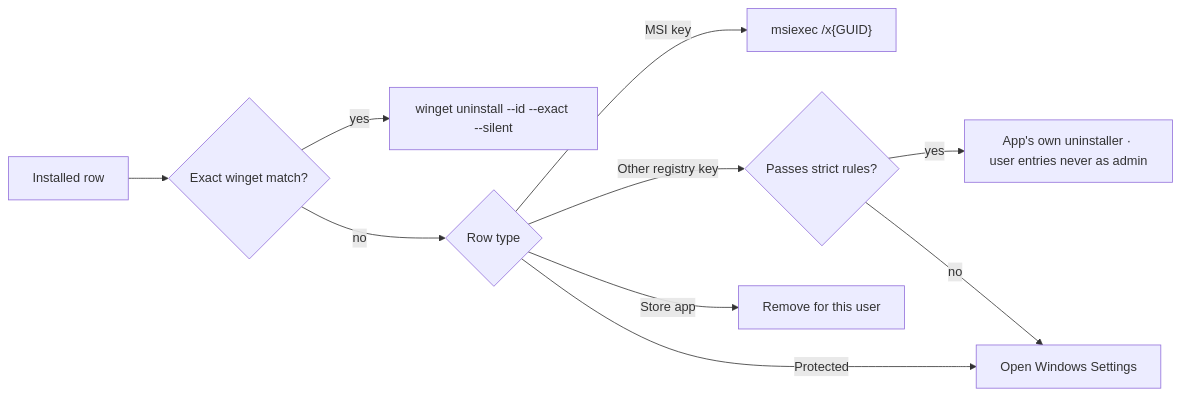
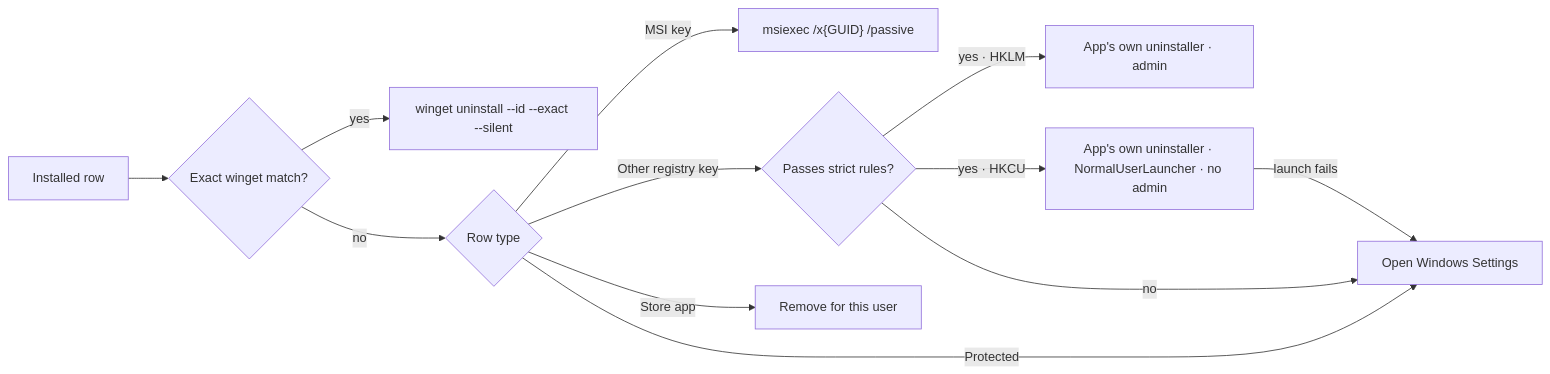
One commit to merchanthasan2/AudoChocolatey changed the seventh of 7 diagrams in docs/ARCHITECTURE.md. Above: the diagram before and after it, drawn with Mermaid. The commit also changed other lines of this file and 4 other files, not shown here.

````diff
--- a/docs/ARCHITECTURE.md
+++ b/docs/ARCHITECTURE.md
@@ -228,12 +287,14 @@
 ```mermaid
 flowchart LR
   row["Installed row"] --> m{"Exact winget match?"}
   m -- yes --> w["winget uninstall --id --exact --silent"]
   m -- no --> k{"Row type"}
-  k -- "MSI key" --> msi["msiexec /x{GUID}"]
+  k -- "MSI key" --> msi["msiexec /x{GUID} /passive"]
   k -- "Other registry key" --> own{"Passes strict rules?"}
-  own -- yes --> exe["App's own uninstaller · user entries never as admin"]
+  own -- "yes · HKLM" --> exe["App's own uninstaller · admin"]
+  own -- "yes · HKCU" --> nu["App's own uninstaller · NormalUserLauncher · no admin"]
+  nu -- "launch fails" --> settings
   own -- no --> settings["Open Windows Settings"]
   k -- "Store app" --> appx["Remove for this user"]
   k -- "Protected" --> settings
 ```
````
